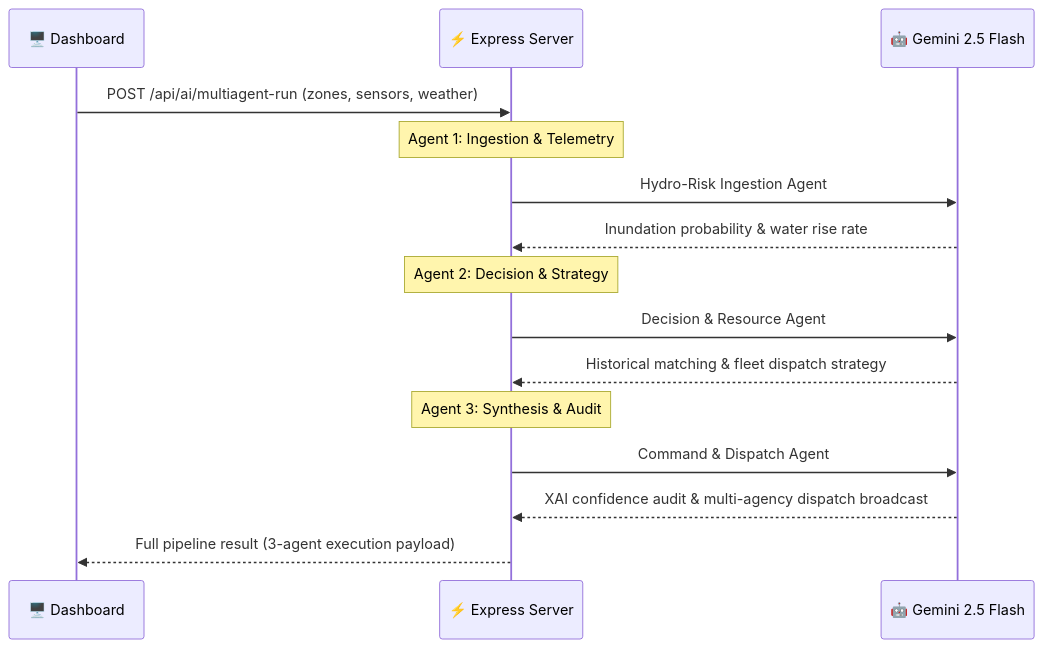
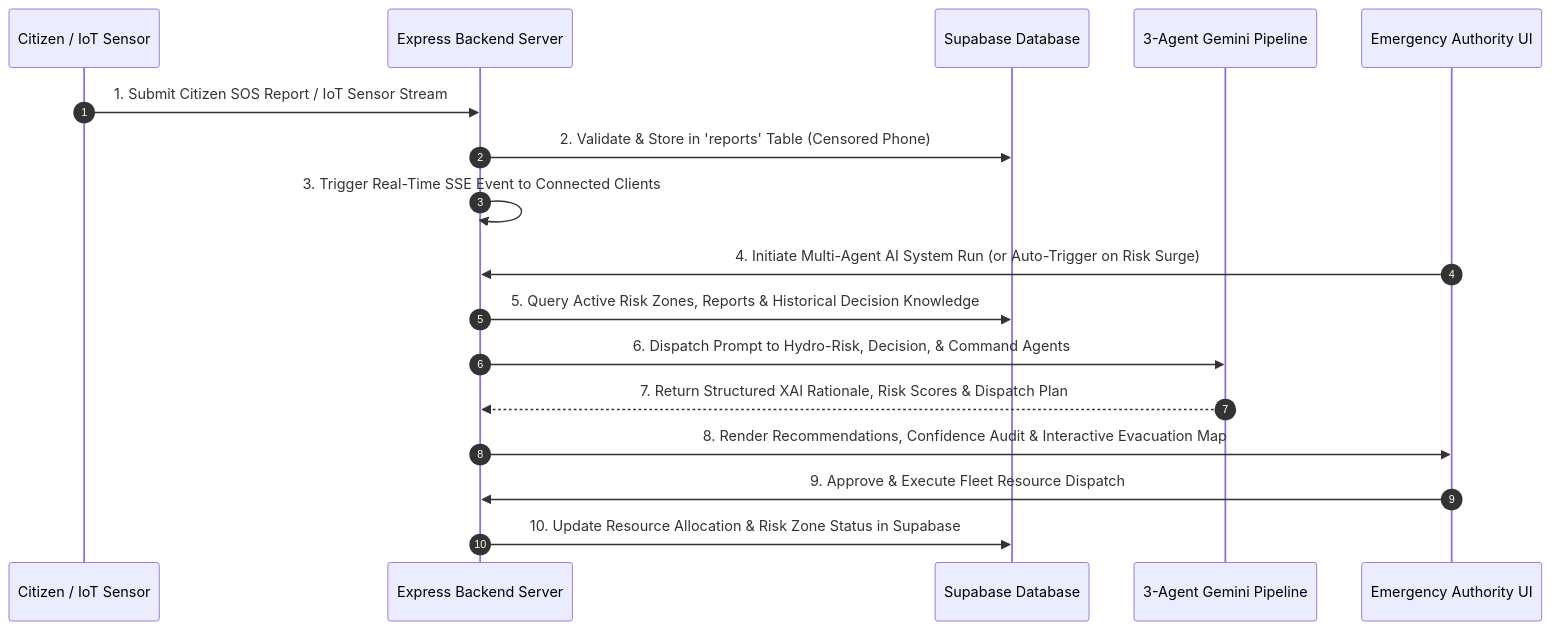
The second of 2 diagrams in README.md (goprocker/ResponseSync), drawn with Mermaid before and after one commit. The commit also changed other lines of this file, not shown here.

Commit message:
docs(architecture): update comprehensive judge-ready README with system diagrams and API documentation

````diff
--- a/README.md
+++ b/README.md
@@ -143,22 +118,20 @@
 ```mermaid
 sequenceDiagram
-    participant UI as 🖥️ Dashboard
-    participant API as ⚡ Express Server
-    participant G as 🤖 Gemini 2.5 Flash
+    autonumber
+    participant C as Citizen / IoT Sensor
+    participant S as Express Backend Server
+    participant DB as Supabase Database
+    participant AI as 3-Agent Gemini Pipeline
+    participant A as Emergency Authority UI
 
-    UI->>API: POST /api/ai/multiagent-run (zones, sensors, weather)
-    
-    Note over API: Agent 1: Ingestion & Telemetry
-    API->>G: Hydro-Risk Ingestion Agent
-    G-->>API: Inundation probability & water rise rate
-    
-    Note over API: Agent 2: Decision & Strategy
-    API->>G: Decision & Resource Agent
-    G-->>API: Historical matching & fleet dispatch strategy
-
-    Note over API: Agent 3: Synthesis & Audit
-    API->>G: Command & Dispatch Agent
-    G-->>API: XAI confidence audit & multi-agency dispatch broadcast
-
-    API-->>UI: Full pipeline result (3-agent execution payload)
+    C->>S: 1. Submit Citizen SOS Report / IoT Sensor Stream
+    S->>DB: 2. Validate & Store in 'reports' Table (Censored Phone)
+    S->>S: 3. Trigger Real-Time SSE Event to Connected Clients
+    A->>S: 4. Initiate Multi-Agent AI System Run (or Auto-Trigger on Risk Surge)
+    S->>DB: 5. Query Active Risk Zones, Reports & Historical Decision Knowledge
+    S->>AI: 6. Dispatch Prompt to Hydro-Risk, Decision, & Command Agents
+    AI-->>S: 7. Return Structured XAI Rationale, Risk Scores & Dispatch Plan
+    S->>A: 8. Render Recommendations, Confidence Audit & Interactive Evacuation Map
+    A->>S: 9. Approve & Execute Fleet Resource Dispatch
+    S->>DB: 10. Update Resource Allocation & Risk Zone Status in Supabase
 ```
````
